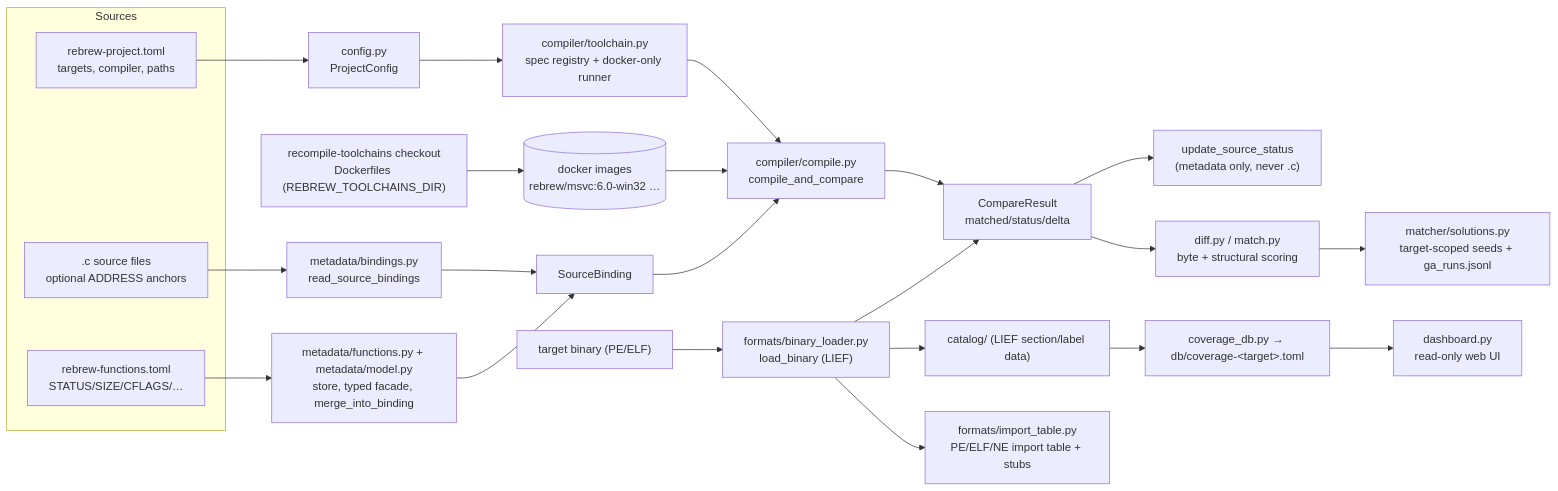
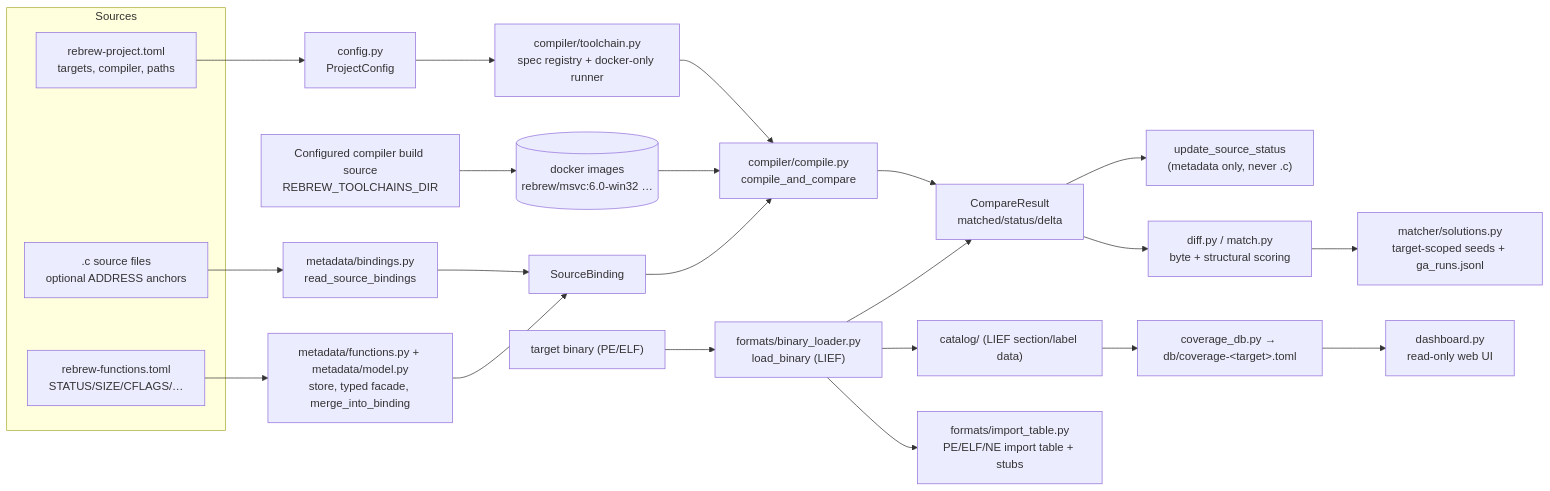
One commit to maci0/rebrew changed the diagram in docs/ARCHITECTURE.md. Above: the diagram before and after it, drawn with Mermaid. The commit also changed other lines of this file and 22 other files, not shown here.

Commit message:
Align progress accounting and document public architecture

````diff
--- a/docs/ARCHITECTURE.md
+++ b/docs/ARCHITECTURE.md
@@ -30,35 +24,35 @@
 ```mermaid
 flowchart LR
     subgraph Sources
         C[".c source files<br/>optional ADDRESS anchors"]
         TOML["rebrew-project.toml<br/>targets, compiler, paths"]
         META["rebrew-functions.toml<br/>STATUS/SIZE/CFLAGS/…"]
     end
 
     C --> ANNOT["metadata/bindings.py<br/>read_source_bindings"]
     META --> FACADE["metadata/functions.py + metadata/model.py<br/>store, typed facade, merge_into_binding"]
     TOML --> CFG["config.py<br/>ProjectConfig"]
 
     ANNOT --> MERGED["SourceBinding"]
     FACADE --> MERGED
 
     CFG --> TOOLCHAIN["compiler/toolchain.py<br/>spec registry + docker-only runner"]
-    RT["recompile-toolchains checkout<br/>Dockerfiles (REBREW_TOOLCHAINS_DIR)"] --> IMG[("docker images<br/>rebrew/msvc:6.0-win32 …")]
+    RT["Configured compiler build source<br/>REBREW_TOOLCHAINS_DIR"] --> IMG[("docker images<br/>rebrew/msvc:6.0-win32 …")]
     TOOLCHAIN --> COMPILE["compiler/compile.py<br/>compile_and_compare"]
     IMG --> COMPILE
 
     BIN["target binary (PE/ELF)"] --> LOAD["formats/binary_loader.py<br/>load_binary (LIEF)"]
     MERGED --> COMPILE
     COMPILE --> CMP["CompareResult<br/>matched/status/delta"]
     LOAD --> CMP
 
     CMP --> STATUS["update_source_status<br/>(metadata only, never .c)"]
     CMP --> DIFF["diff.py / match.py<br/>byte + structural scoring"]
 
     LOAD --> CATALOG["catalog/ (LIEF section/label data)"]
     CATALOG --> DB["coverage_db.py → db/coverage-&lt;target&gt;.toml"]
     DB --> DASH["dashboard.py<br/>read-only web UI"]
 
     LOAD --> IMPORTS["formats/import_table.py<br/>PE/ELF/NE import table + stubs"]
     DIFF --> SOL["matcher/solutions.py<br/>target-scoped seeds + ga_runs.jsonl"]
 ```
````
